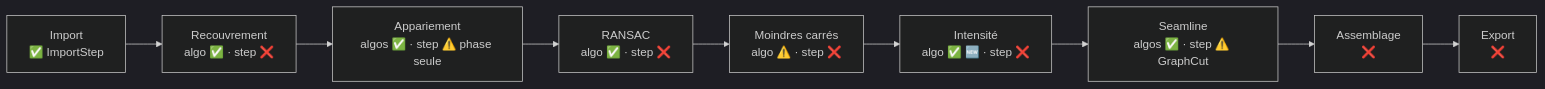
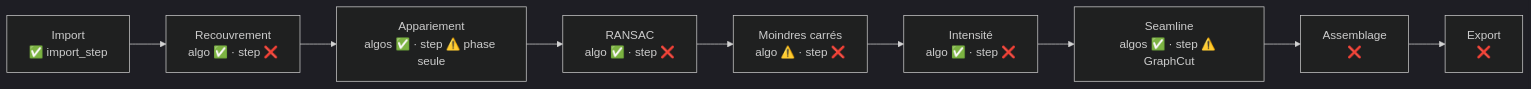
One commit to KIKIRPAProjet/KIKIRPA-CPP changed the diagram in docs/CARTE_ARCHITECTURE.md. Above: the diagram before and after it, drawn with Mermaid (dark theme). The commit also changed other lines of this file and 5 other files, not shown here.

````diff
--- a/docs/CARTE_ARCHITECTURE.md
+++ b/docs/CARTE_ARCHITECTURE.md
@@ -43,11 +43,11 @@
 ```mermaid
 flowchart LR
-    I[Import<br/>✅ ImportStep] --> R[Recouvrement<br/>algo ✅ · step ❌]
+    I[Import<br/>✅ import_step] --> R[Recouvrement<br/>algo ✅ · step ❌]
     R --> M[Appariement<br/>algos ✅ · step ⚠️ phase seule]
     M --> X[RANSAC<br/>algo ✅ · step ❌]
     X --> L[Moindres carrés<br/>algo ⚠️ · step ❌]
-    L --> E[Intensité<br/>algo ✅ 🆕 · step ❌]
+    L --> E[Intensité<br/>algo ✅ · step ❌]
     E --> S[Seamline<br/>algos ✅ · step ⚠️ GraphCut]
     S --> A[Assemblage<br/>❌]
     A --> O[Export<br/>❌]
 ```
````
